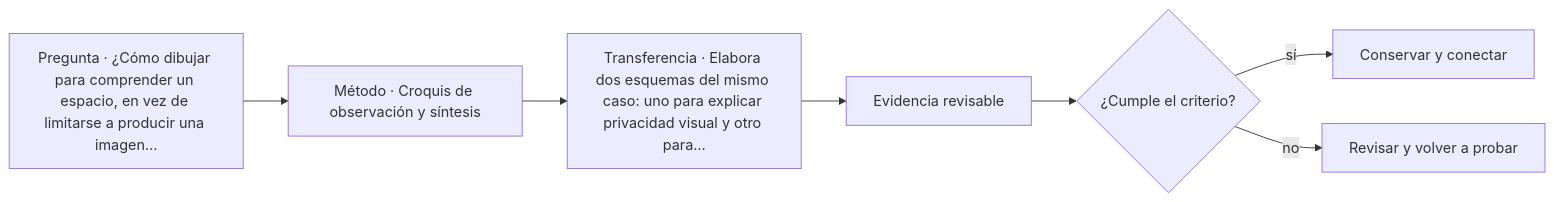
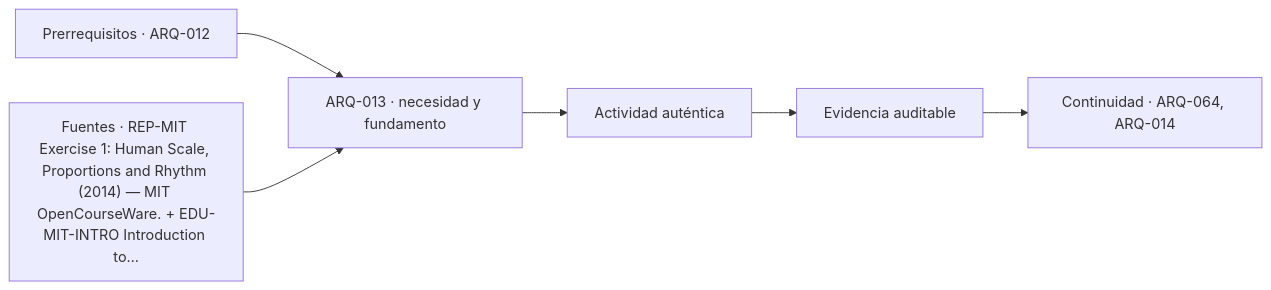
Before and after one commit to vladimiracunadev-create/architecture-built-environment-learning-program: the diagram in classes/parte-02/ARQ-013.md, drawn with Mermaid. The commit also changed other lines of this file and 761 other files, not shown here.

````diff
--- a/classes/parte-02/ARQ-013.md
+++ b/classes/parte-02/ARQ-013.md
@@ -114,9 +126,8 @@
 ```mermaid
 flowchart LR
-    Q["Pregunta · ¿Cómo dibujar para comprender un espacio, en vez de limitarse a producir una imagen…"] --> M["Método · Croquis de observación y síntesis"]
-    M --> P["Transferencia · Elabora dos esquemas del mismo caso: uno para explicar privacidad visual y otro para…"]
-    P --> E["Evidencia revisable"]
-    E --> C{"¿Cumple el criterio?"}
-    C -->|sí| T["Conservar y conectar"]
-    C -->|no| R["Revisar y volver a probar"]
+    A["Prerrequisitos · ARQ-012"] --> B["ARQ-013 · necesidad y fundamento"]
+    S["Fuentes · REP-MIT Exercise 1: Human Scale, Proportions and Rhythm (2014) — MIT OpenCourseWare. + EDU-MIT-INTRO Introduction to…"] --> B
+    B --> C["Actividad auténtica"]
+    C --> D["Evidencia auditable"]
+    D --> E["Continuidad · ARQ-064, ARQ-014"]
 ```
````
